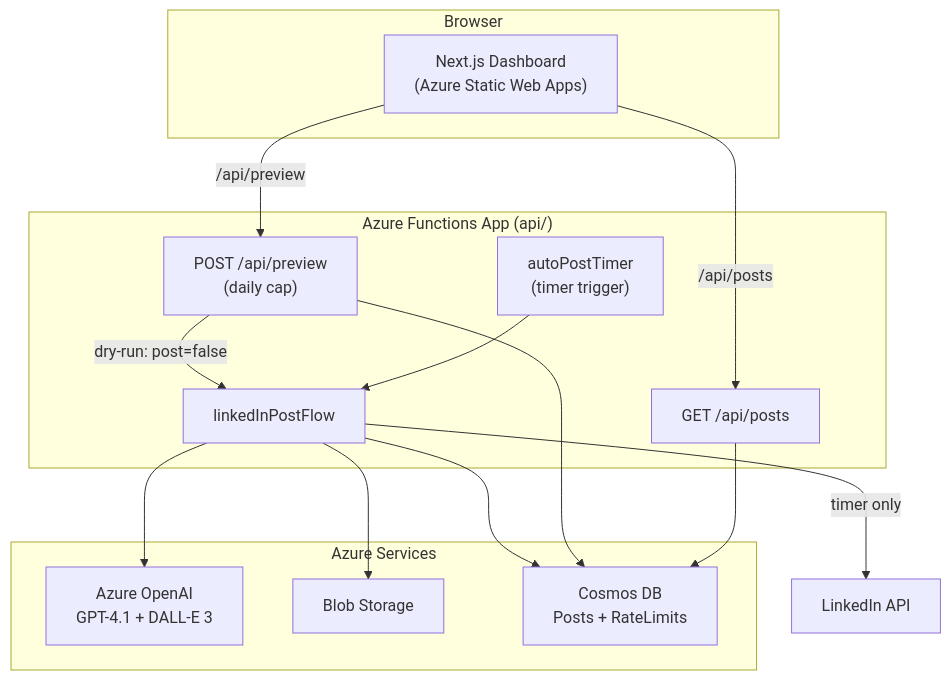
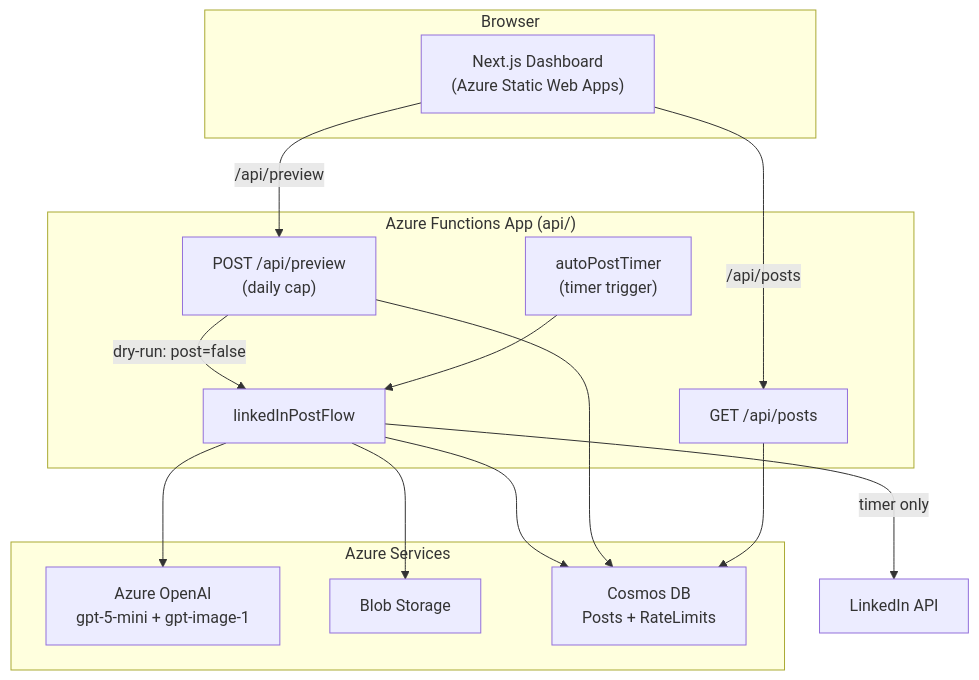
The diagram in README.md (derekhuynen/LinkedIn_AI_Auto_Poster), drawn with Mermaid before and after one commit. The commit also changed other lines of this file and 11 other files, not shown here.

Commit message:
docs: refresh models to gpt-5-mini/gpt-image-1, live screenshots, cold-start hint, CORS architecture

````diff
--- a/README.md
+++ b/README.md
@@ -40,28 +40,28 @@
 ```mermaid
 flowchart TB
     subgraph Client["Browser"]
         WEB["Next.js Dashboard<br/>(Azure Static Web Apps)"]
     end
     subgraph Functions["Azure Functions App (api/)"]
         TIMER["autoPostTimer<br/>(timer trigger)"]
         POSTS["GET /api/posts"]
         PREVIEW["POST /api/preview<br/>(daily cap)"]
         FLOW["linkedInPostFlow"]
     end
     subgraph Azure["Azure Services"]
-        AOAI["Azure OpenAI<br/>GPT-4.1 + DALL-E 3"]
+        AOAI["Azure OpenAI<br/>gpt-5-mini + gpt-image-1"]
         BLOB["Blob Storage"]
         COSMOS["Cosmos DB<br/>Posts + RateLimits"]
     end
     LI["LinkedIn API"]
     WEB -->|"/api/posts"| POSTS
     WEB -->|"/api/preview"| PREVIEW
     TIMER --> FLOW
     PREVIEW -->|"dry-run: post=false"| FLOW
     POSTS --> COSMOS
     PREVIEW --> COSMOS
     FLOW --> AOAI
     FLOW --> BLOB
     FLOW --> COSMOS
     FLOW -->|"timer only"| LI
 ```
````
